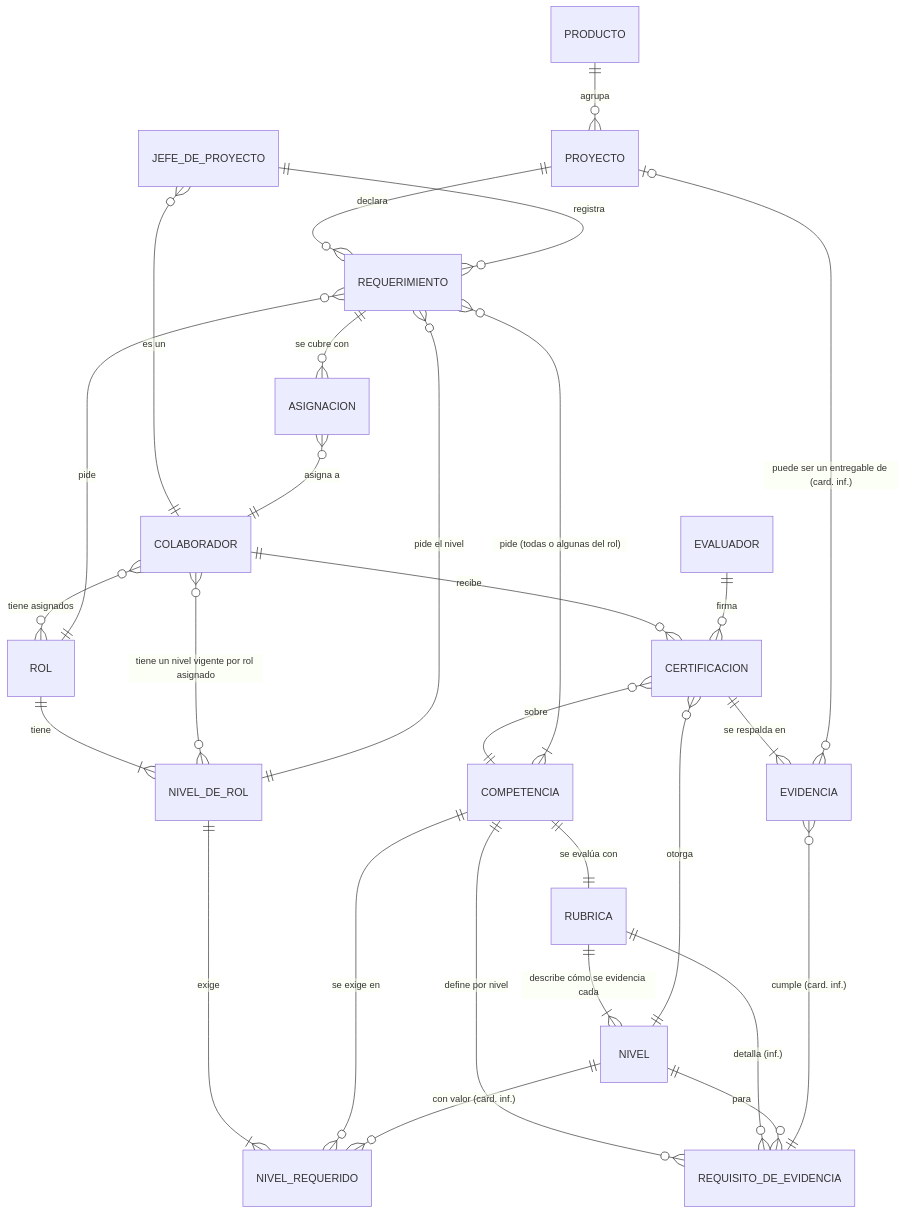
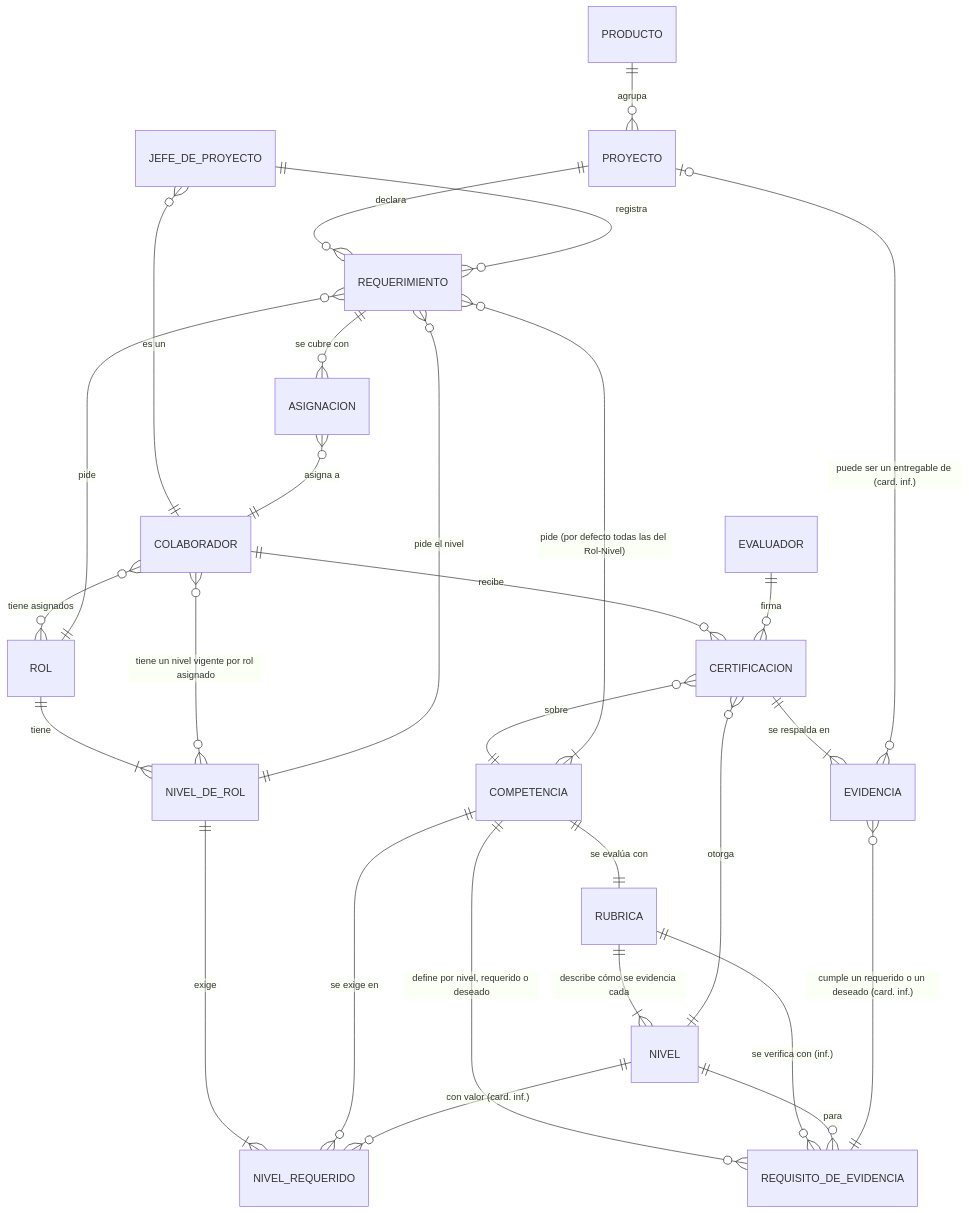
One commit to ianache/training-manager changed the first of 2 diagrams in knowledge-base/business/information-model/IMD-001-modelo-de-informacion-conceptual.md. Above: the diagram before and after it, drawn with Mermaid. The commit also changed other lines of this file and 97 other files, not shown here.

````diff
--- a/knowledge-base/business/information-model/IMD-001-modelo-de-informacion-conceptual.md
+++ b/knowledge-base/business/information-model/IMD-001-modelo-de-informacion-conceptual.md
@@ -44,30 +44,30 @@
 ```mermaid
 erDiagram
     PRODUCTO ||--o{ PROYECTO : "agrupa"
     ROL ||--|{ NIVEL_DE_ROL : "tiene"
     NIVEL_DE_ROL ||--|{ NIVEL_REQUERIDO : "exige"
     COMPETENCIA ||--o{ NIVEL_REQUERIDO : "se exige en"
     NIVEL ||--o{ NIVEL_REQUERIDO : "con valor (card. inf.)"
-    COMPETENCIA ||--o{ REQUISITO_DE_EVIDENCIA : "define por nivel"
+    COMPETENCIA ||--o{ REQUISITO_DE_EVIDENCIA : "define por nivel, requerido o deseado"
     COMPETENCIA ||--|| RUBRICA : "se evalúa con"
     RUBRICA ||--|{ NIVEL : "describe cómo se evidencia cada"
-    RUBRICA ||--o{ REQUISITO_DE_EVIDENCIA : "detalla (inf.)"
+    RUBRICA ||--o{ REQUISITO_DE_EVIDENCIA : "se verifica con (inf.)"
     NIVEL ||--o{ REQUISITO_DE_EVIDENCIA : "para"
     COLABORADOR ||--o{ CERTIFICACION : "recibe"
     COLABORADOR }o--o{ ROL : "tiene asignados"
     COLABORADOR }o--o{ NIVEL_DE_ROL : "tiene un nivel vigente por rol asignado"
     EVALUADOR ||--o{ CERTIFICACION : "firma"
     CERTIFICACION }o--|| COMPETENCIA : "sobre"
     CERTIFICACION }o--|| NIVEL : "otorga"
     CERTIFICACION ||--|{ EVIDENCIA : "se respalda en"
     EVIDENCIA }o--o| PROYECTO : "puede ser un entregable de (card. inf.)"
-    EVIDENCIA }o--|| REQUISITO_DE_EVIDENCIA : "cumple (card. inf.)"
+    EVIDENCIA }o--|| REQUISITO_DE_EVIDENCIA : "cumple un requerido o un deseado (card. inf.)"
     PROYECTO ||--o{ REQUERIMIENTO : "declara"
     JEFE_DE_PROYECTO ||--o{ REQUERIMIENTO : "registra"
     JEFE_DE_PROYECTO }o--|| COLABORADOR : "es un"
     REQUERIMIENTO }o--|| ROL : "pide"
     REQUERIMIENTO }o--|| NIVEL_DE_ROL : "pide el nivel"
-    REQUERIMIENTO }o--|{ COMPETENCIA : "pide (todas o algunas del rol)"
+    REQUERIMIENTO }o--|{ COMPETENCIA : "pide (por defecto todas las del Rol-Nivel)"
     REQUERIMIENTO ||--o{ ASIGNACION : "se cubre con"
     ASIGNACION }o--|| COLABORADOR : "asigna a"
 ```
````
